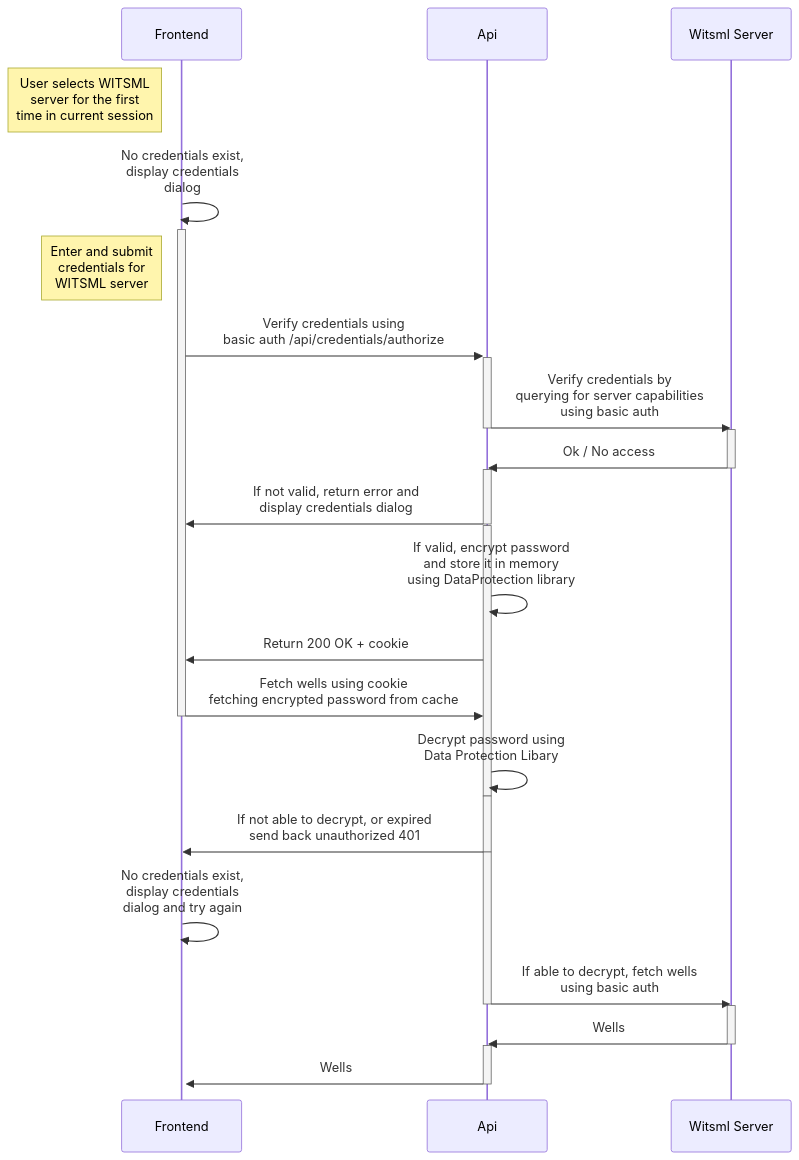
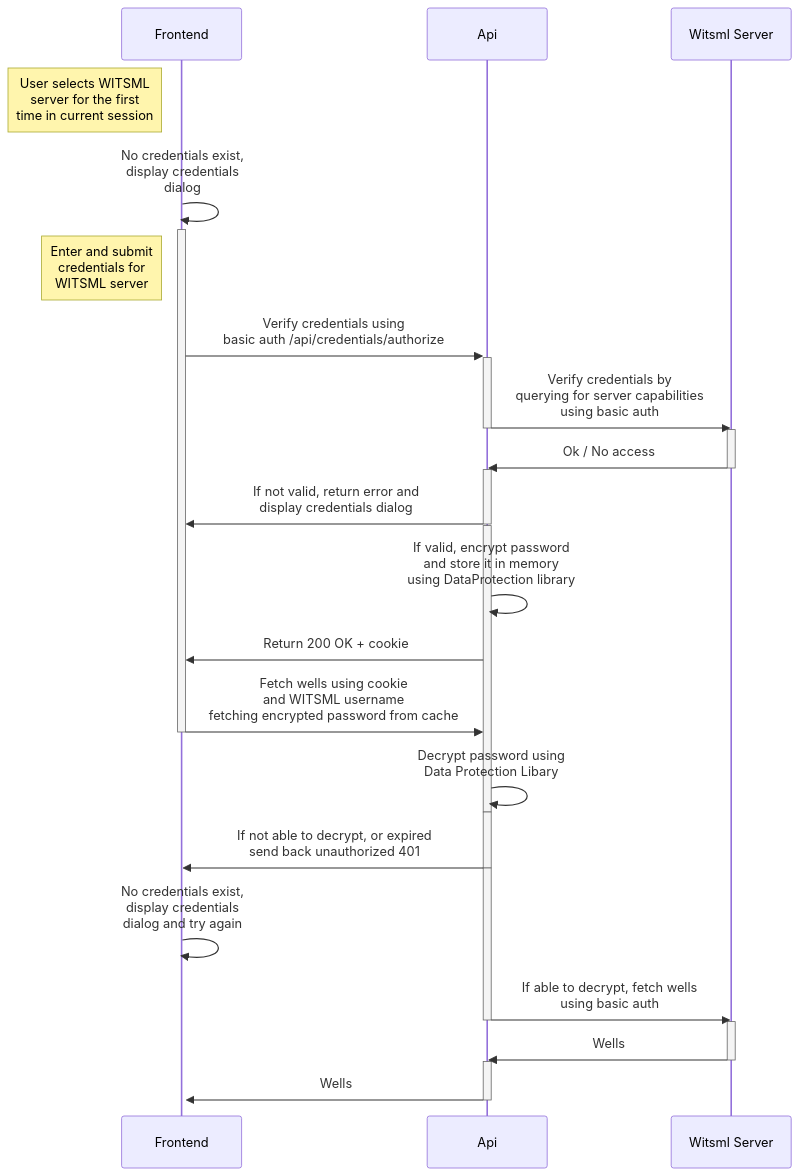
Before and after one commit to equinor/witsml-explorer: the first of 2 diagrams in AUTH.md, drawn with Mermaid. The commit also changed other lines of this file and 3 other files, not shown here.

````diff
--- a/AUTH.md
+++ b/AUTH.md
@@ -35,26 +40,26 @@
 ```mermaid
 sequenceDiagram
     Note left of Frontend: User selects WITSML <br> server for the first <br> time in current session
     Frontend->>+Frontend: No credentials exist,<br/> display credentials <br/> dialog
     Note left of Frontend: Enter and submit <br> credentials for <br> WITSML server
     Frontend->>+Api: Verify credentials using <br/> basic auth /api/credentials/authorize
     Api->>-Witsml Server: Verify credentials by <br/> querying for server capabilities <br/> using basic auth
     activate Witsml Server
     Witsml Server ->>- Api: Ok / No access 
     activate Api
     Api->>-Frontend: If not valid, return error and <br> display credentials dialog
     activate Api
     Api->>Api: If valid, encrypt password <br> and store it in memory <br> using DataProtection library
     Api->>Frontend: Return 200 OK + cookie
-    Frontend->>-Api: Fetch wells using cookie <br>fetching encrypted password from cache
+    Frontend->>-Api: Fetch wells using cookie<br>and WITSML username<br>fetching encrypted password from cache
     Api->>-Api: Decrypt password using <br> Data Protection Libary
     activate Api
     Api->>-Frontend: If not able to decrypt, or expired <br> send back unauthorized 401
     activate Api
     Frontend->>+Frontend: No credentials exist,<br/> display credentials <br/> dialog and try again    
     Api->>-Witsml Server: If able to decrypt, fetch wells <br> using basic auth
     activate Witsml Server
     Witsml Server->>-Api: Wells
     activate Api
     Api->>-Frontend: Wells
 ```
````
